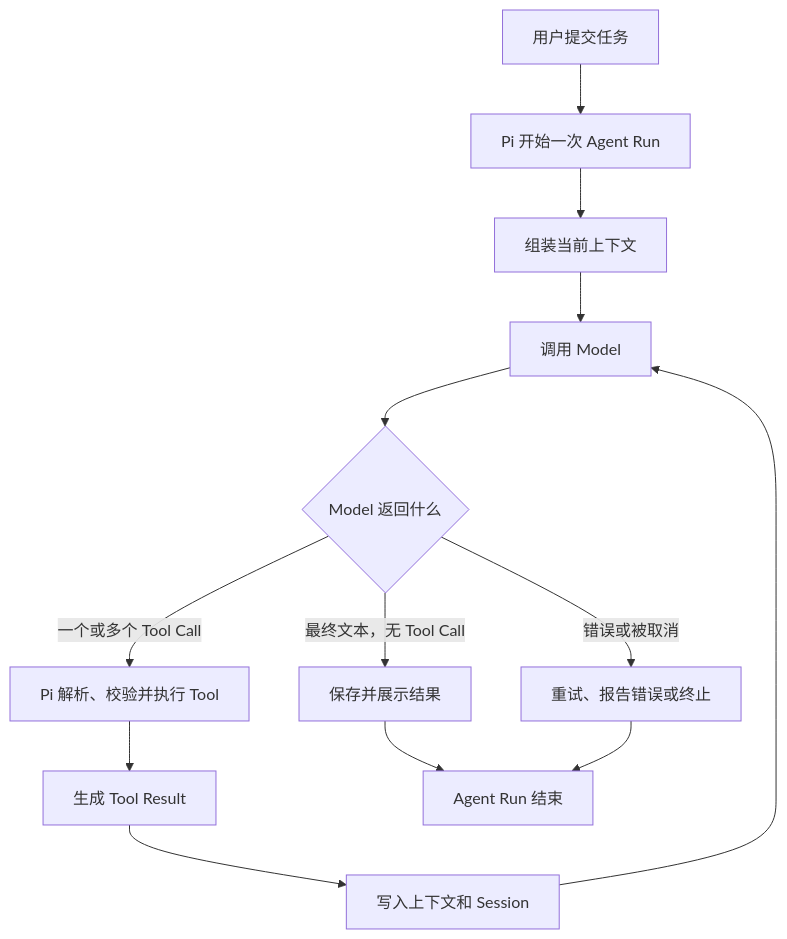
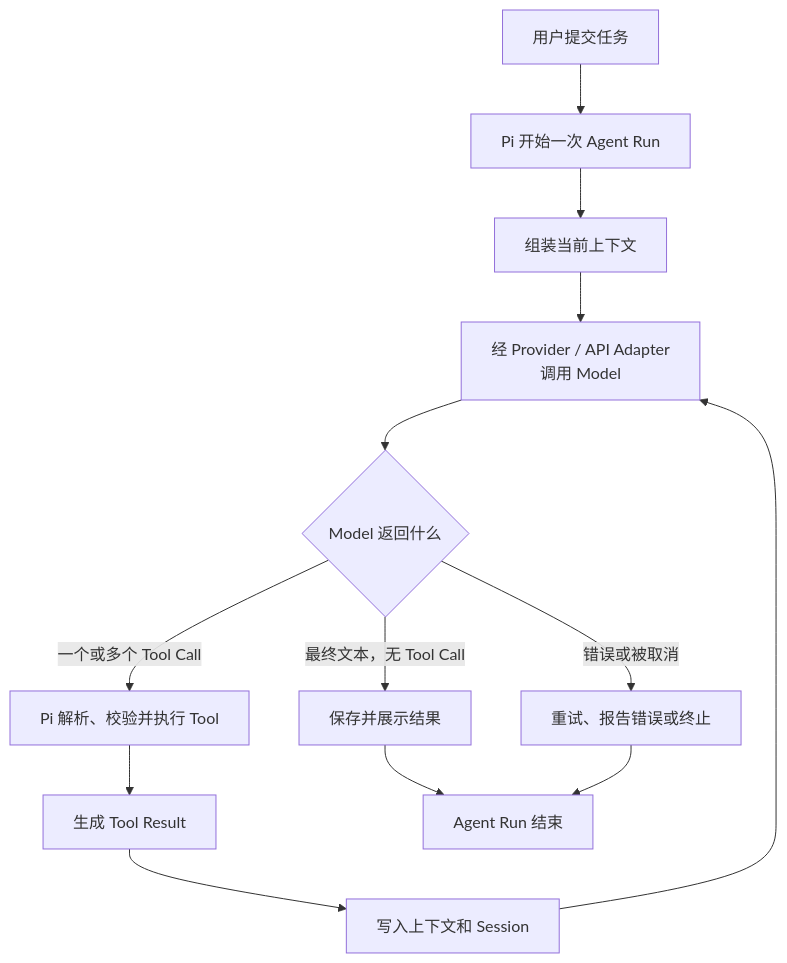
The second of 12 diagrams in docs/learning/01-architecture-and-context.md (small-xiexu/pi-study), drawn with Mermaid before and after one commit. The commit also changed other lines of this file and 10 other files, not shown here.

````diff
--- a/docs/learning/01-architecture-and-context.md
+++ b/docs/learning/01-architecture-and-context.md
@@ -69,15 +69,15 @@
 ```mermaid
 flowchart TD
     A["用户提交任务"] --> B["Pi 开始一次 Agent Run"]
     B --> C["组装当前上下文"]
-    C --> D["调用 Model"]
+    C --> D["经 Provider / API Adapter<br/>调用 Model"]
     D --> E{"Model 返回什么"}
     E -->|"最终文本，无 Tool Call"| F["保存并展示结果"]
     E -->|"一个或多个 Tool Call"| G["Pi 解析、校验并执行 Tool"]
     G --> H["生成 Tool Result"]
     H --> I["写入上下文和 Session"]
     I --> D
     E -->|"错误或被取消"| J["重试、报告错误或终止"]
     F --> K["Agent Run 结束"]
     J --> K
 ```
````
